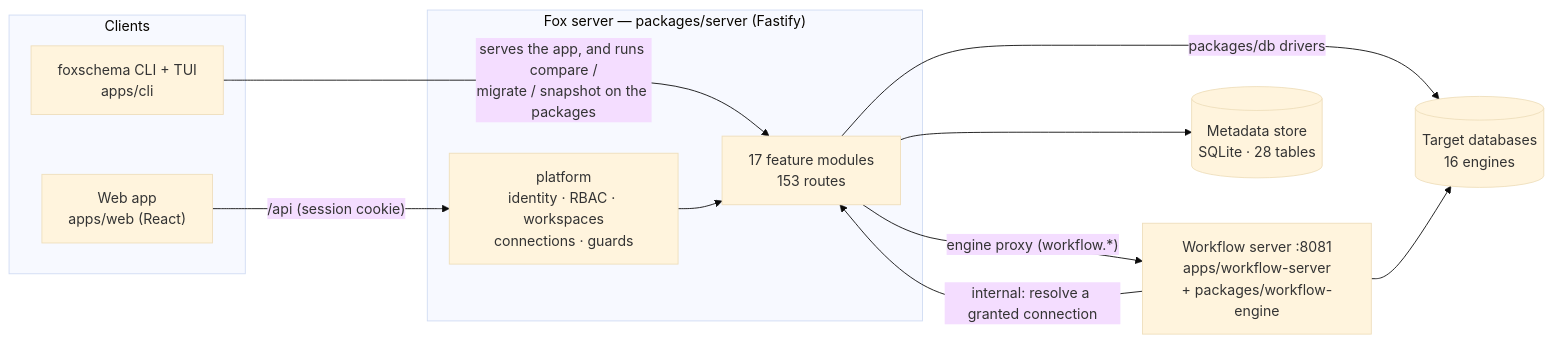
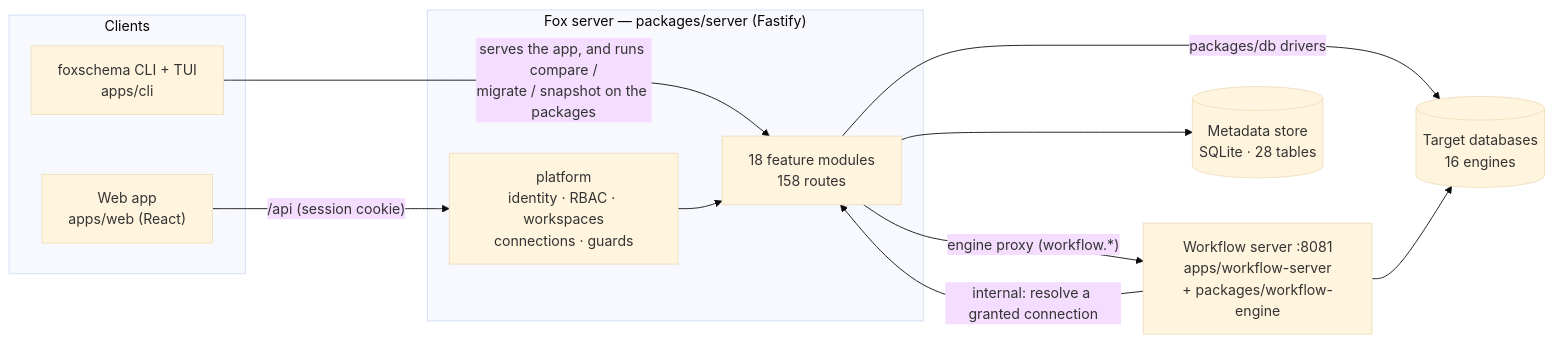
One commit to tedious-code/foxSchema changed the first of 12 diagrams in docs/FEATURE_MAP.md. Above: the diagram before and after it, drawn with Mermaid (base theme). The commit also changed other lines of this file and 4 other files, not shown here.

````diff
--- a/docs/FEATURE_MAP.md
+++ b/docs/FEATURE_MAP.md
@@ -32,23 +33,23 @@
 ```mermaid
 flowchart LR
   subgraph clients[Clients]
     WEB["Web app<br/>apps/web (React)"]
     CLI["foxschema CLI + TUI<br/>apps/cli"]
   end
   subgraph server["Fox server — packages/server (Fastify)"]
     PLAT["platform<br/>identity · RBAC · workspaces<br/>connections · guards"]
-    FEAT["17 feature modules<br/>153 routes"]
+    FEAT["18 feature modules<br/>158 routes"]
   end
   WFS["Workflow server :8081<br/>apps/workflow-server<br/>+ packages/workflow-engine"]
   META[("Metadata store<br/>SQLite · 28 tables")]
   ENG[("Target databases<br/>16 engines")]
 
   WEB -- "/api (session cookie)" --> PLAT
   CLI -- "serves the app, and runs compare /<br/>migrate / snapshot on the packages" --> FEAT
   PLAT --> FEAT
   FEAT --> META
   FEAT -- "packages/db drivers" --> ENG
   FEAT -- "engine proxy (workflow.*)" --> WFS
   WFS -- "internal: resolve a granted connection" --> FEAT
   WFS --> ENG
 ```
````
